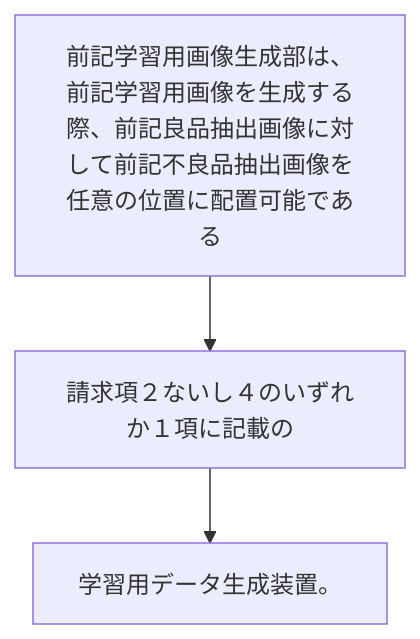
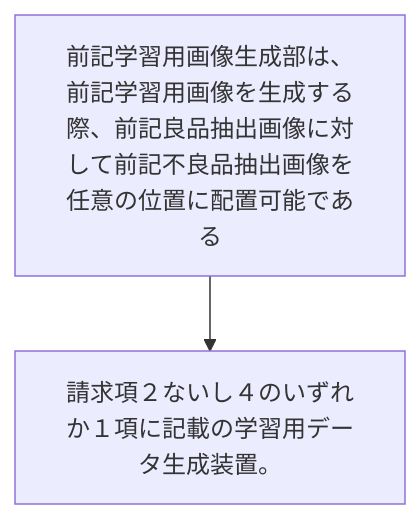
The diagram in 2024/JP2024000284A/claim_6/claim_6_graph.md (shinmori55/patent_analyzed), drawn with Mermaid before and after one commit. The commit also changed 15 other files, not shown here.

````diff
--- a/2024/JP2024000284A/claim_6/claim_6_graph.md
+++ b/2024/JP2024000284A/claim_6/claim_6_graph.md
@@ -1,8 +1,6 @@
 ```mermaid
 flowchart TD
 A[前記学習用画像生成部は、前記学習用画像を生成する際、前記良品抽出画像に対して前記不良品抽出画像を任意の位置に配置可能である]
-B[請求項２ないし４のいずれか１項に記載の]
-C[学習用データ生成装置。]
+B[請求項２ないし４のいずれか１項に記載の学習用データ生成装置。]
 A --> B
-B --> C
 ```
````
